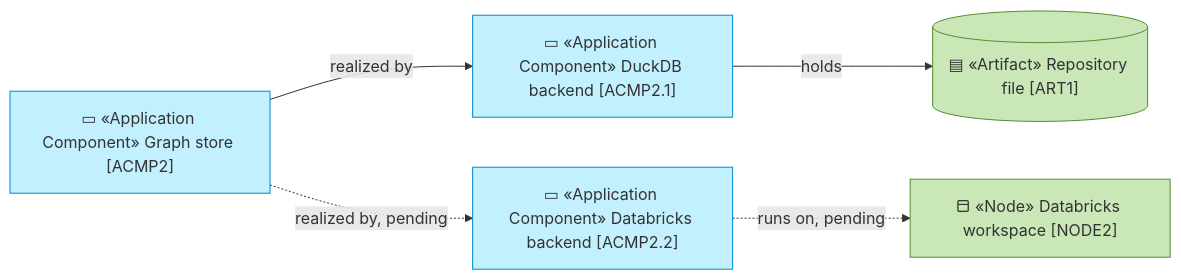
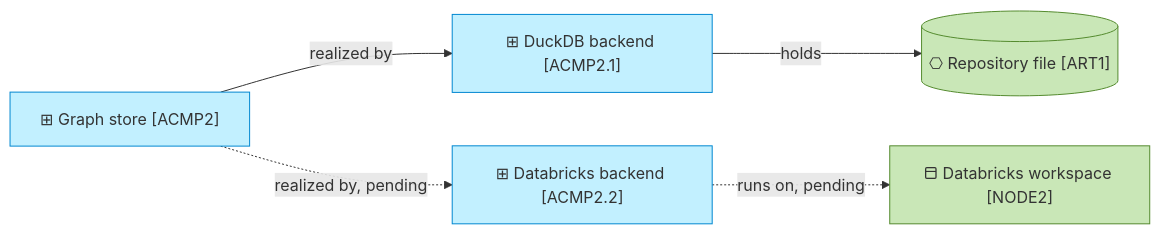
Before and after one commit to bocanegratqut/dbx-enterprise-architecture: the fourth of 4 diagrams in architecture/4_application/2_application-components.md, drawn with Mermaid. The commit also changed other lines of this file and 25 other files, not shown here.

````diff
--- a/architecture/4_application/2_application-components.md
+++ b/architecture/4_application/2_application-components.md
@@ -69,15 +103,15 @@
 ```mermaid
 flowchart LR
-  store["▭ «Application Component» Graph store [ACMP2]"]:::application
-  duck["▭ «Application Component» DuckDB backend [ACMP2.1]"]:::application
-  dbx["▭ «Application Component» Databricks backend [ACMP2.2]"]:::application
-  file[("▤ «Artifact» Repository file [ART1]")]:::technology
-  node["⬒ «Node» Databricks workspace [NODE2]"]:::technology
+  store["⊞ Graph store [ACMP2]"]:::application
+  duck["⊞ DuckDB backend [ACMP2.1]"]:::application
+  dbx["⊞ Databricks backend [ACMP2.2]"]:::application
+  file[("⎔ Repository file [ART1]")]:::technology
+  node["⬒ Databricks workspace [NODE2]"]:::technology
   store -->|realized by| duck
   store -.->|realized by, pending| dbx
   duck -->|holds| file
   dbx -.->|runs on, pending| node
 
   classDef application fill:#c2f0ff,stroke:#0288d1,color:#333
   classDef technology fill:#c9e7b7,stroke:#558b2f,color:#333
 ```
````
